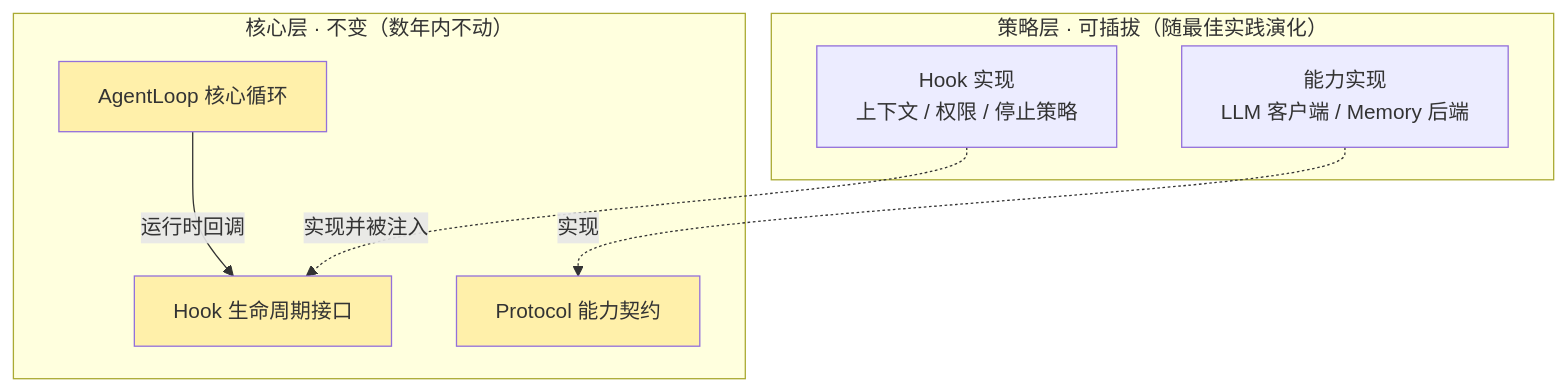
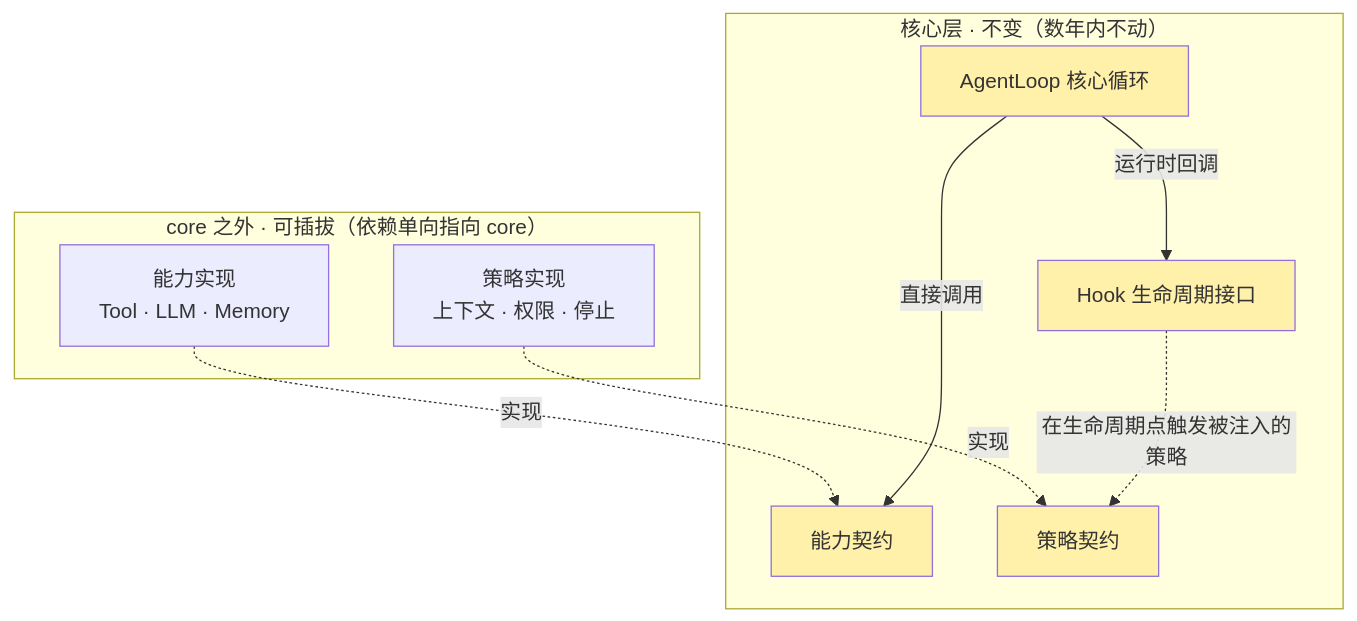
Before and after one commit to eastonsuo/nanoagent: the third of 7 diagrams in docs/DESIGN.md, drawn with Mermaid. The commit also changed other lines of this file, not shown here.

First line of the commit message:
docs: 补 typing.Protocol/dataclass 速成(§1.5.1/§1.5.2)，解耦图与 §4.3 举例验证矫正

````diff
--- a/docs/DESIGN.md
+++ b/docs/DESIGN.md
@@ -270,20 +298,23 @@
 ```mermaid
 flowchart TD
-    subgraph stratlayer["策略层 · 可插拔（随最佳实践演化）"]
-        hookimpl["Hook 实现<br/>上下文 / 权限 / 停止策略"]
-        capimpl["能力实现<br/>LLM 客户端 / Memory 后端"]
+    subgraph outside["core 之外 · 可插拔（依赖单向指向 core）"]
+        capimpl["能力实现<br/>Tool · LLM · Memory"]
+        stratimpl["策略实现<br/>上下文 · 权限 · 停止"]
     end
 
     subgraph corelayer["核心层 · 不变（数年内不动）"]
         loop["AgentLoop 核心循环"]
+        capproto["能力契约"]
+        stratproto["策略契约"]
         hookapi["Hook 生命周期接口"]
-        proto["Protocol 能力契约"]
     end
 
-    hookimpl -.->|"实现并被注入"| hookapi
-    capimpl -.->|"实现"| proto
+    capimpl -.->|"实现"| capproto
+    stratimpl -.->|"实现"| stratproto
+    loop -->|"直接调用"| capproto
     loop -->|"运行时回调"| hookapi
+    hookapi -.->|"在生命周期点触发被注入的策略"| stratproto
 
     classDef stable fill:#fff0aa
-    class loop,hookapi,proto stable
+    class loop,capproto,stratproto,hookapi stable
 ```
````
